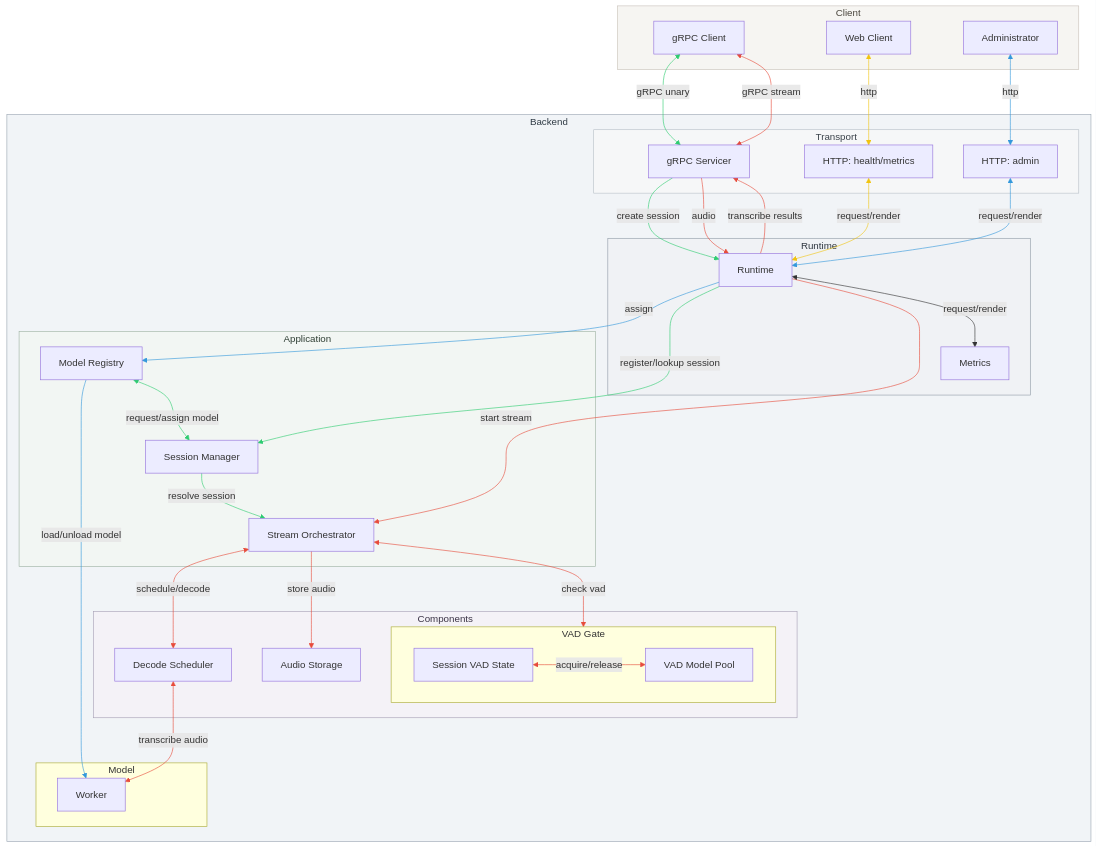
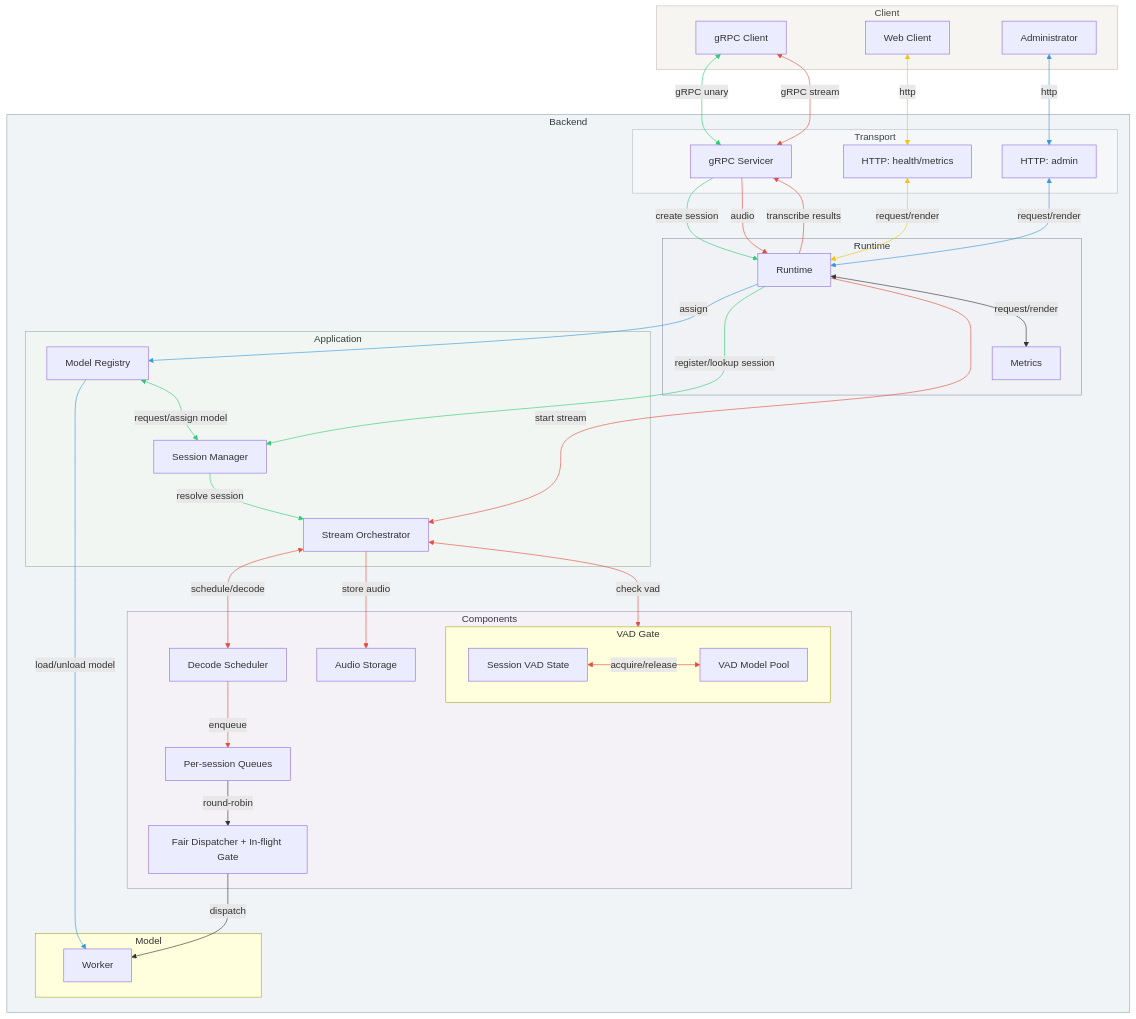
Before and after one commit to brightleeh/whisper-streaming-stt-server: the first of 2 diagrams in README.md, drawn with Mermaid. The commit also changed other lines of this file, not shown here.

Commit message:
docs: refresh README for session dispatch and backends

````diff
--- a/README.md
+++ b/README.md
@@ -347,78 +348,82 @@
 ```mermaid
 flowchart TD
   subgraph Client[Client]
     GrpcClient[gRPC Client]
     WebClient[Web Client]
     Administrator[Administrator]
   end
 
   subgraph Backend[Backend]
     subgraph Transport[Transport]
       Servicer[gRPC Servicer]
       HttpClient[HTTP: health/metrics]
       HttpAdmin[HTTP: admin]
     end
 
 		subgraph RuntimeWrap[Runtime]
 	    Runtime[Runtime]
       Metrics[Metrics]
 	  end
 
     subgraph Application[Application]
       SessionManager[Session Manager]
       ModelRegistry[Model Registry]
       Orchestrator[Stream Orchestrator]
     end
 
     subgraph Components[Components]
       subgraph VADGate[VAD Gate]
         VADPool[VAD Model Pool]
         VADState[Session VAD State]
       end
       Decode[Decode Scheduler]
+      SessionQueues[Per-session Queues]
+      Dispatcher[Fair Dispatcher + In-flight Gate]
       Store[Audio Storage]
     end
 
     subgraph Model[Model]
 	    Worker[Worker]
 	  end
   end
 
 Administrator <-->|http| HttpAdmin
 HttpAdmin <-->|request/render| Runtime
 Runtime -->|assign| ModelRegistry
 ModelRegistry -->|load/unload model| Worker
 
 WebClient <-->|http| HttpClient
 HttpClient <-->|request/render| Runtime
 
 GrpcClient <-->|gRPC unary| Servicer
 Servicer -->|create session| Runtime
 Runtime -->|register/lookup session| SessionManager
 SessionManager -->|resolve session| Orchestrator
 ModelRegistry <-->|request/assign model| SessionManager
 
 GrpcClient <-->|gRPC stream| Servicer
 Servicer -->|audio| Runtime
 Runtime -->|transcribe results| Servicer
 Runtime -->|start stream| Orchestrator
 Orchestrator <-->|check vad| VADGate
 VADState <-->|acquire/release| VADPool
 Orchestrator <-->|schedule/decode| Decode
 Orchestrator -->|store audio| Store
-Decode <-->|transcribe audio| Worker
+Decode -->|enqueue| SessionQueues
+SessionQueues -->|round-robin| Dispatcher
+Dispatcher -->|dispatch| Worker
 
 Runtime <-->|request/render| Metrics
 
 style Client fill:#f6f5f2,stroke:#c8c1b8,stroke-width:1px,color:#4b473f
 style Backend fill:#f1f4f7,stroke:#9aa6b2,stroke-width:1px,color:#2f3a44
 style Application fill:#f2f6f3,stroke:#9db2a3,stroke-width:1px,color:#2f3f34
 style Components fill:#f4f2f7,stroke:#a7a0b5,stroke-width:1px,color:#3b3446
 style Transport fill:#f6f7f8,stroke:#b8c0c8,stroke-width:1px,color:#3a424a
 style RuntimeWrap fill:#f0f2f5,stroke:#8f9aa6,stroke-width:1px,color:#2f3740
 
 linkStyle 0,1,2,3 stroke:#3498db,stroke-width:1px;
 linkStyle 4,5 stroke:#f1c40f,stroke-width:1px;
 linkStyle 6,7,8,9,10 stroke:#2ecc71,stroke-width:1px;
 linkStyle 11,12,13,14,15,16,17,18,19 stroke:#e74c3c,stroke-width:1px;
 ```
````
